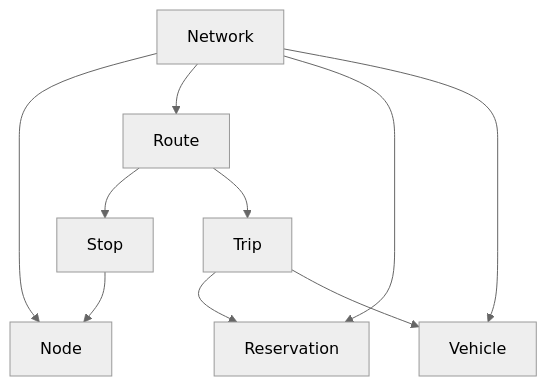
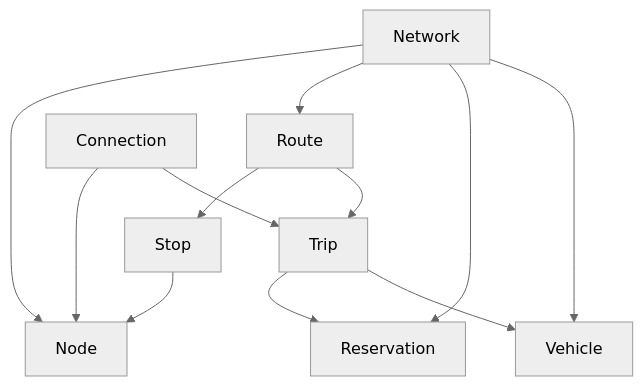
The second of 2 diagrams in README.md (maptic/osurs), drawn with Mermaid (neutral theme) before and after one commit.

Commit message:
Add connection to network structure.

````diff
--- a/README.md
+++ b/README.md
@@ -34,12 +34,14 @@
 ```mermaid
 graph TD;
   Network-->Node;
   Network-->Route;
   Network-->Reservation;
   Network-->Vehicle;
   Route-->Stop;
   Route-->Trip;
   Stop-->Node;
   Trip-->Reservation;
   Trip-->Vehicle;
+  Connection-->Node;
+  Connection-->Trip;
 ```
````
